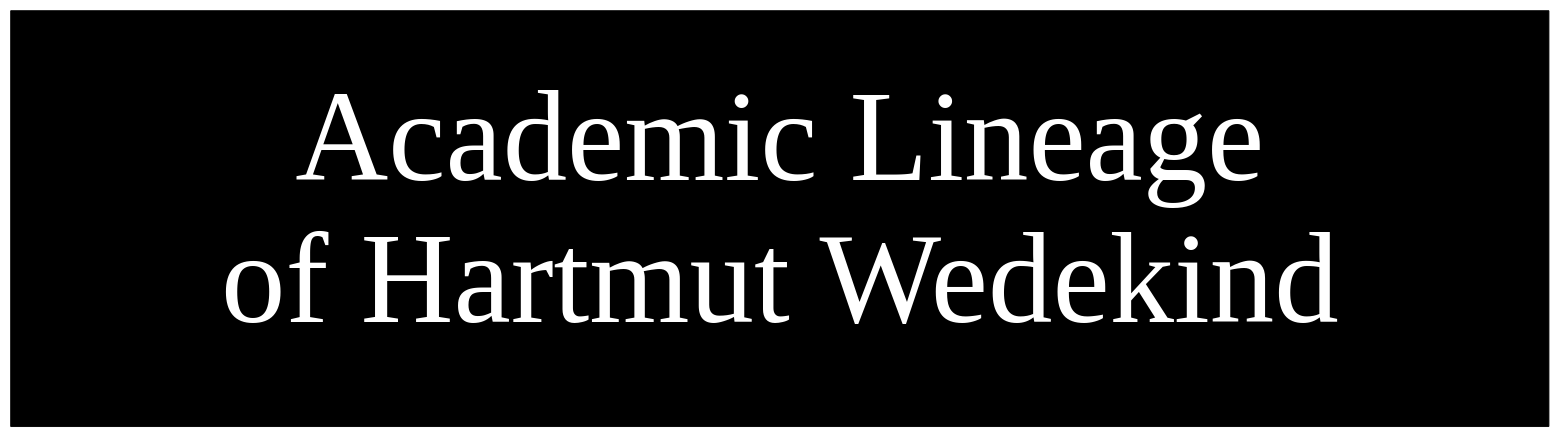
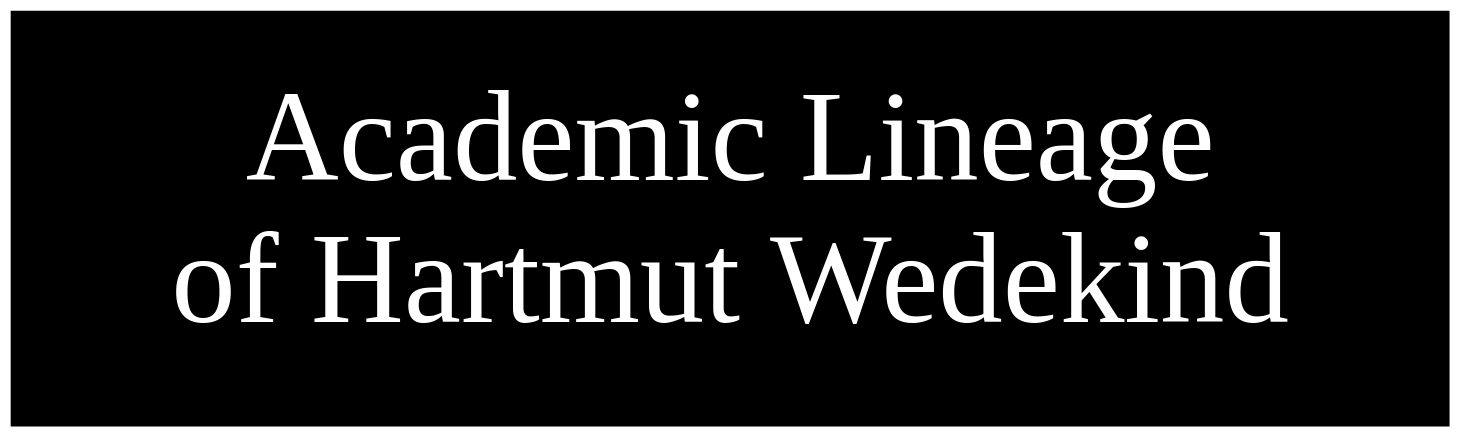
One commit to damslab/reproducibility changed the diagram in btw2025-lineage-wed90/wedekind_heading.dot. Above: the diagram before and after it, drawn with Graphviz. The commit also changed 8 other files, not shown here.

Commit message:
Update latest lineage graph and scripts WED90

```diff
--- a/btw2025-lineage-wed90/wedekind_heading.dot
+++ b/btw2025-lineage-wed90/wedekind_heading.dot
@@ -1,3 +1,3 @@
 digraph {
-    title[label="Academic Lineage\nof Hartmut Wedekind", fontcolor=white, fillcolor=black, style=filled, shape=box, fontsize=140, margin="1"]
+    title[fontname="Calibri", label="Academic Lineage\nof Hartmut Wedekind", fontcolor=white, fillcolor=black, style=filled, shape=box, fontsize=140, margin="1", peripheries=0]
 }
```
